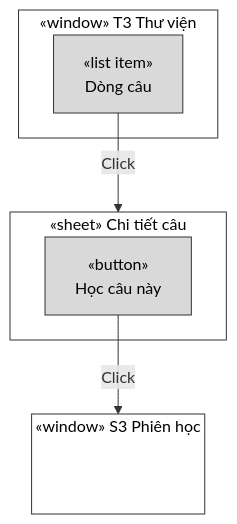
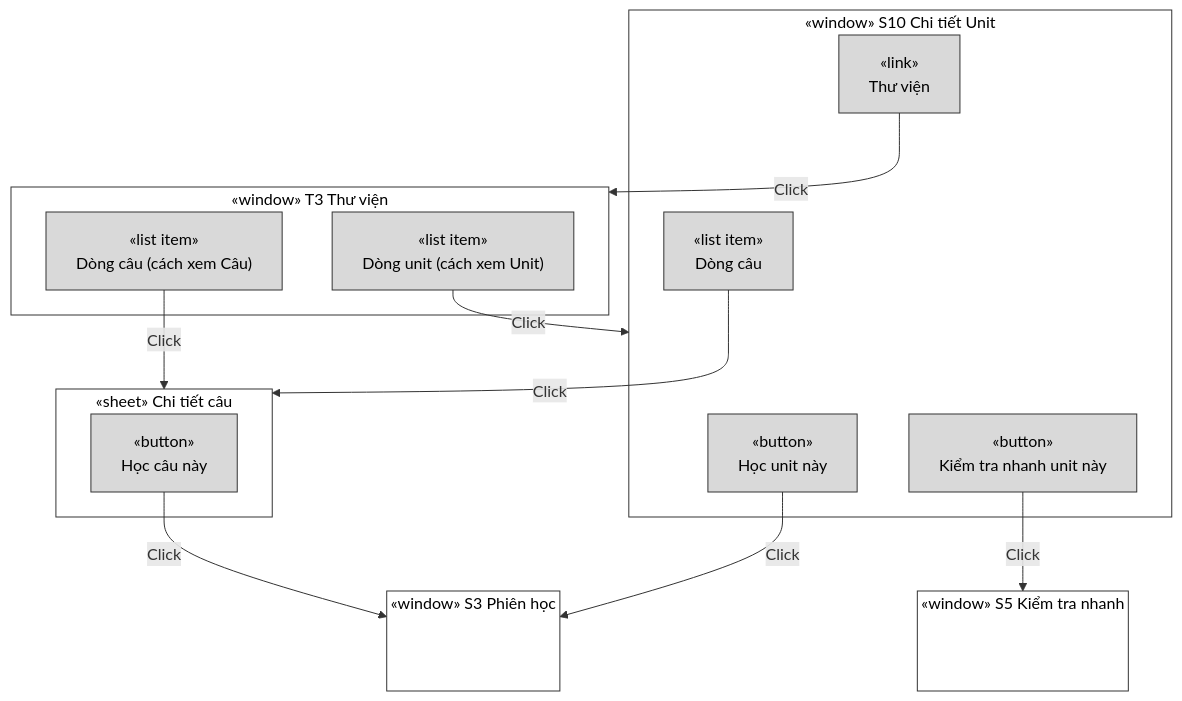
The eighth of 10 diagrams in docs/new/navigation.md (A-Star-X/dangonngu), drawn with Mermaid before and after one commit. The commit also changed other lines of this file and 12 other files, not shown here.

Commit message:
spec: Đợt 5 việc 3: Thư viện có cách xem Unit (T3-08 đến T3-10), khu mới S10 Chi tiết Unit, nguồn phiên unit (S3-01, DATA-06, T4-06, APP-04), sơ đồ điều hướng

````diff
--- a/docs/new/navigation.md
+++ b/docs/new/navigation.md
@@ -438,24 +446,46 @@
 ```mermaid
 flowchart TB
   classDef el fill:#d9d9d9,stroke:#333,color:#000
   classDef win fill:#fff,stroke:#333,color:#000
 
   subgraph W_T3["«window» T3 Thư viện"]
-    t3_row["«list item»<br/>Dòng câu"]
+    t3_unit["«list item»<br/>Dòng unit (cách xem Unit)"]
+    t3_row["«list item»<br/>Dòng câu (cách xem Câu)"]
   end
   subgraph W_DET["«sheet» Chi tiết câu"]
     det_learn["«button»<br/>Học câu này"]
   end
   subgraph W_S3["«window» S3 Phiên học"]
     W_S3_x[" "]
   end
 
+  subgraph W_S10["«window» S10 Chi tiết Unit"]
+    s10_learn["«button»<br/>Học unit này"]
+    s10_check["«button»<br/>Kiểm tra nhanh unit này"]
+    s10_row["«list item»<br/>Dòng câu"]
+    s10_back["«link»<br/>Thư viện"]
+  end
+  subgraph W_S5["«window» S5 Kiểm tra nhanh"]
+    W_S5_x[" "]
+  end
+
+  t3_unit -->|"Click"| W_S10
+  %% @spec T3-09
   t3_row -->|"Click"| W_DET
   %% @spec T3-05
   det_learn -->|"Click"| W_S3
   %% @spec T3-05
+  s10_learn -->|"Click"| W_S3
+  %% @spec S10-04
+  s10_check -->|"Click"| W_S5
+  %% @spec S10-04
+  s10_row -->|"Click"| W_DET
+  %% @spec S10-05
+  s10_back -->|"Click"| W_T3
+  %% @spec S10-01
 
-  class t3_row,det_learn el
-  class W_T3,W_DET,W_S3 win
+  class t3_unit,t3_row,det_learn,s10_learn,s10_check,s10_row,s10_back el
+  class W_T3,W_DET,W_S3,W_S10,W_S5 win
+  style W_S5_x fill:none,stroke:none
   style W_S3_x fill:none,stroke:none
 ```
````
